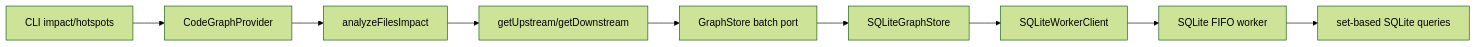
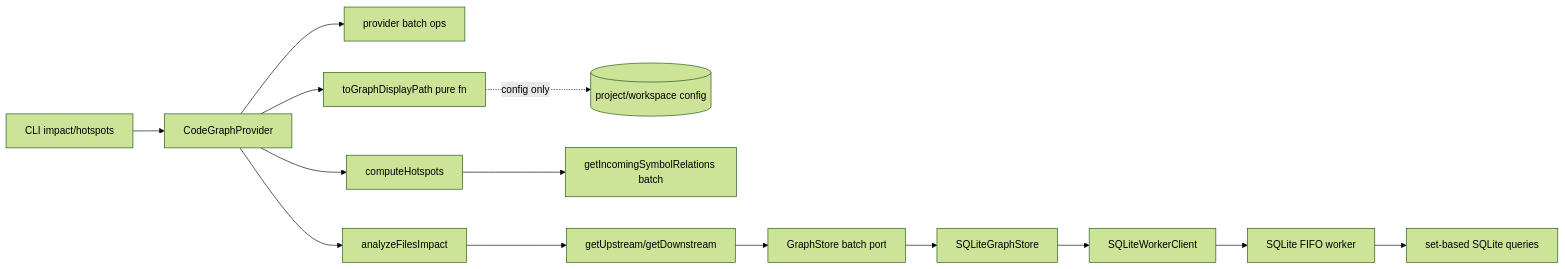
One commit to specd-sdd/SpecD changed the diagram in specd-sdd/changes/20260818-162313-nonblocking-sqlite-graph-store/design.md. Above: the diagram before and after it, drawn with Mermaid (forest theme). The commit also changed other lines of this file and 46 other files, not shown here.

First line of the commit message:
feat(code-graph): exact batch reads and pure display paths

````diff
--- a/specd-sdd/changes/20260818-162313-nonblocking-sqlite-graph-store/design.md
+++ b/specd-sdd/changes/20260818-162313-nonblocking-sqlite-graph-store/design.md
@@ -453,11 +294,16 @@
 ```mermaid
 graph LR
   CLI[CLI impact/hotspots] --> Provider[CodeGraphProvider]
+  Provider --> BatchOps[provider batch ops]
+  Provider --> Display[toGraphDisplayPath pure fn]
+  Display -. config only .-> Config[(project/workspace config)]
+  Provider --> Hotspots[computeHotspots]
+  Hotspots --> BatchRel[getIncomingSymbolRelations batch]
   Provider --> Multi[analyzeFilesImpact]
   Multi --> Traversal[getUpstream/getDownstream]
   Traversal --> Port[GraphStore batch port]
   Port --> Store[SQLiteGraphStore]
   Store --> Client[SQLiteWorkerClient]
   Client --> Worker[SQLite FIFO worker]
   Worker --> DB[set-based SQLite queries]
 ```
````
